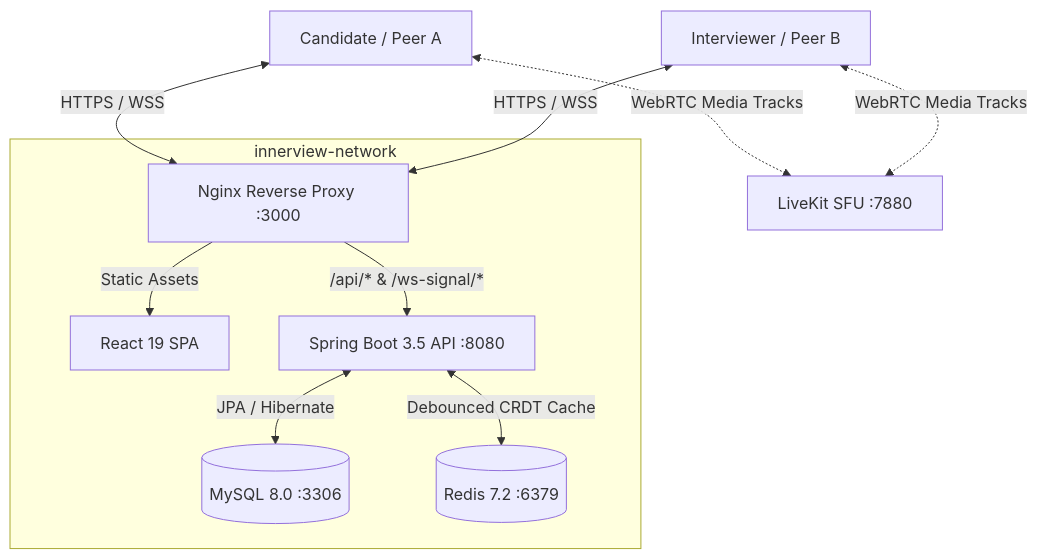
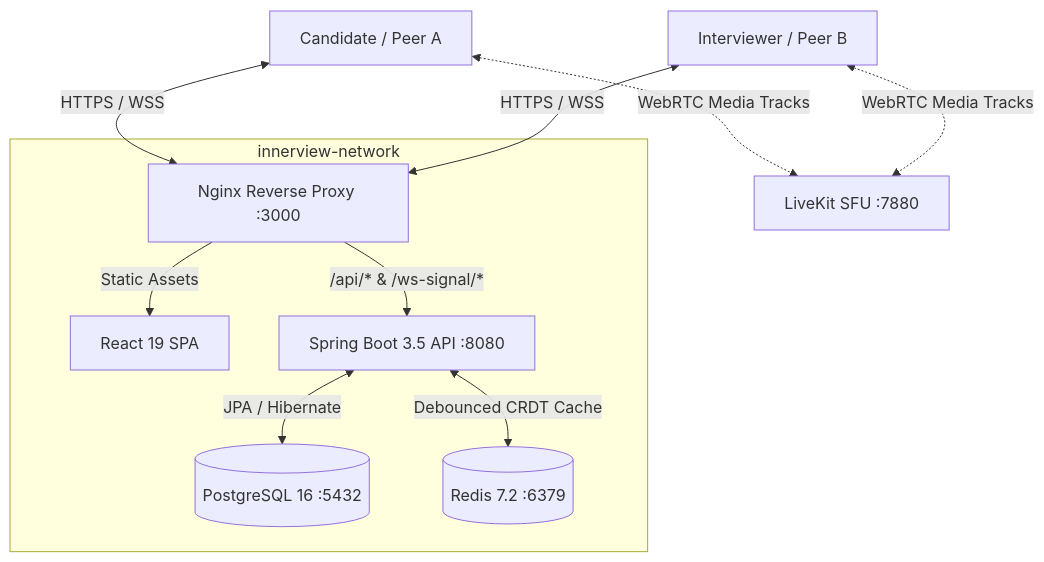
The first of 4 diagrams in README.md (Innerview-Platform/Innerview), drawn with Mermaid before and after one commit. The commit also changed other lines of this file and 44 other files, not shown here.

````diff
--- a/README.md
+++ b/README.md
@@ -25,15 +25,15 @@
 ```mermaid
 graph TD
     UserA[Candidate / Peer A] <-->|HTTPS / WSS| Nginx[Nginx Reverse Proxy :3000]
     UserB[Interviewer / Peer B] <-->|HTTPS / WSS| Nginx
 
     subgraph Docker Network [innerview-network]
         Nginx -->|Static Assets| SPA[React 19 SPA]
         Nginx -->|/api/* & /ws-signal/*| Backend[Spring Boot 3.5 API :8080]
-        Backend <-->|JPA / Hibernate| MySQL[(MySQL 8.0 :3306)]
+        Backend <-->|JPA / Hibernate| PostgreSQL[(PostgreSQL 16 :5432)]
         Backend <-->|Debounced CRDT Cache| Redis[(Redis 7.2 :6379)]
     end
 
     UserA <-.->|WebRTC Media Tracks| LiveKit[LiveKit SFU :7880]
     UserB <-.->|WebRTC Media Tracks| LiveKit
 ```
````
